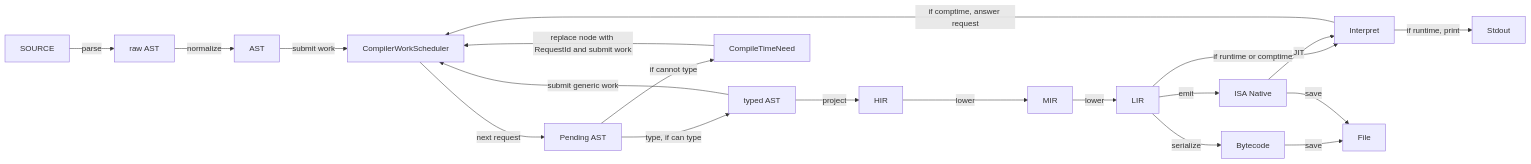
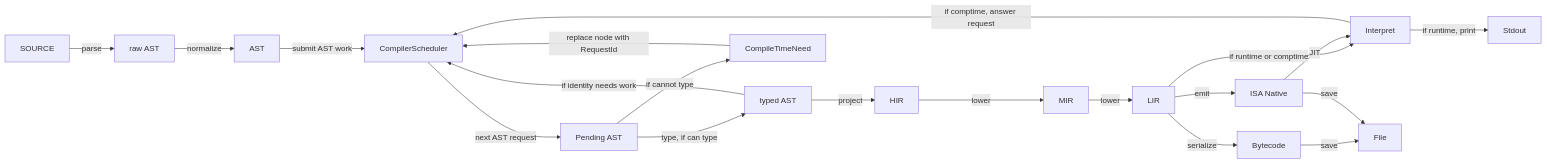
One commit to JakkuSakura/FerroPhase changed the diagram in docs/Compiler.md. Above: the diagram before and after it, drawn with Mermaid. The commit also changed other lines of this file and 1 other file, not shown here.

Commit message:
docs(compiler): clarify scheduler work graph

````diff
--- a/docs/Compiler.md
+++ b/docs/Compiler.md
@@ -21,22 +30,22 @@
 ```mermaid
 flowchart LR
     SOURCE[SOURCE] -->|parse| rawAST[raw AST]
     rawAST -->|normalize| AST[AST]
-    AST -->|submit work| CompilerWorkScheduler[CompilerWorkScheduler]
-    CompilerWorkScheduler -->|next request| PendingAST[Pending AST]
+    AST -->|submit AST work| CompilerScheduler[CompilerScheduler]
+    CompilerScheduler -->|next AST request| PendingAST[Pending AST]
     PendingAST -->|type, if can type| typedAST[typed AST]
     PendingAST -->|if cannot type| CompileTimeNeed[CompileTimeNeed]
-    CompileTimeNeed -->|replace node with RequestId and submit work| CompilerWorkScheduler
-    typedAST -->|submit generic work| CompilerWorkScheduler
+    CompileTimeNeed -->|replace node with RequestId| CompilerScheduler
+    typedAST -->|if identity needs work| CompilerScheduler
     typedAST -->|project| HIR[HIR]
     HIR -->|lower| MIR[MIR]
     MIR -->|lower| LIR[LIR]
     LIR -->|if runtime or comptime| Interpret[Interpret]
-    Interpret -->|if comptime, answer request| CompilerWorkScheduler
+    Interpret -->|if comptime, answer request| CompilerScheduler
     Interpret -->|if runtime, print| Stdout[Stdout]
     LIR -->|serialize| Bytecode[Bytecode]
     Bytecode -->|save| OutputFile[File]
     LIR -->|emit| ISANative[ISA Native]
     ISANative -->|save| OutputFile
     ISANative -->|JIT| Interpret
 ```
````
